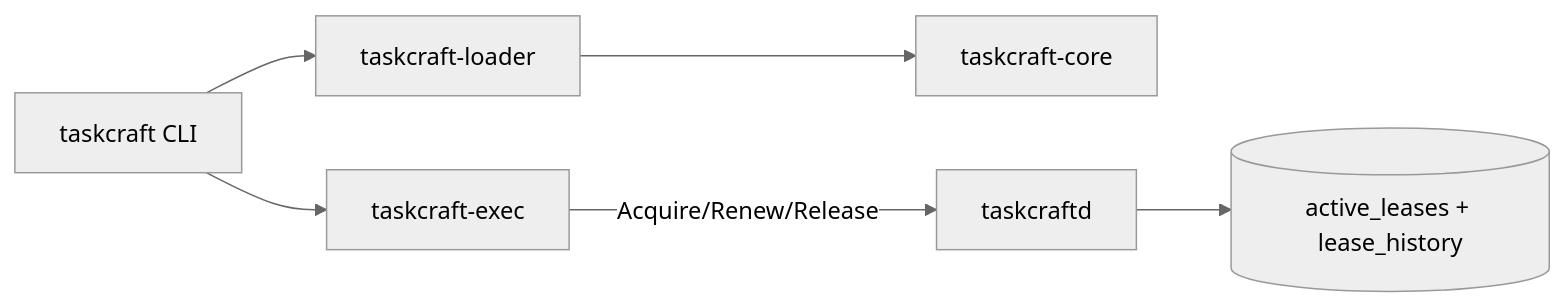
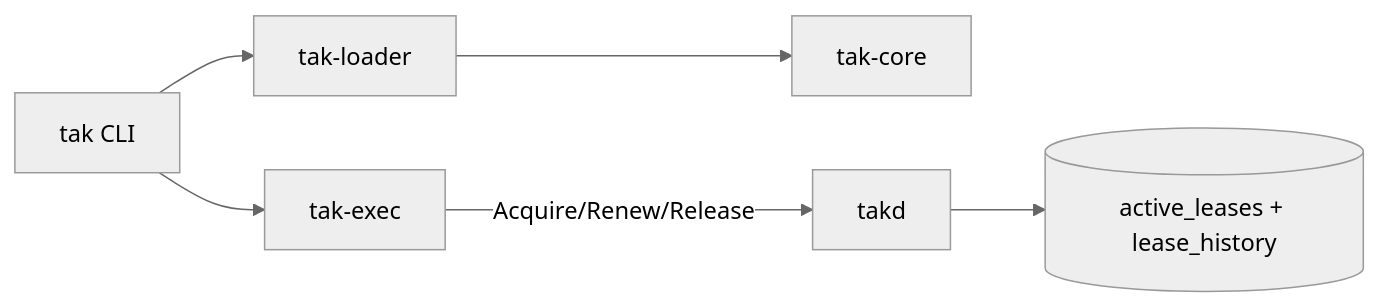
One commit to gu1p/tak changed the diagram in ARCHITECTURE.md. Above: the diagram before and after it, drawn with Mermaid (neutral theme). The commit also changed other lines of this file and 128 other files, not shown here.

Commit message:
rename project from taskcraft to tak

````diff
--- a/ARCHITECTURE.md
+++ b/ARCHITECTURE.md
@@ -15,8 +15,8 @@
 ```mermaid
 flowchart LR
-    CLI[taskcraft CLI] --> Loader[taskcraft-loader]
-    Loader --> Core[taskcraft-core]
-    CLI --> Exec[taskcraft-exec]
-    Exec -->|Acquire/Renew/Release| Daemon[taskcraftd]
+    CLI[tak CLI] --> Loader[tak-loader]
+    Loader --> Core[tak-core]
+    CLI --> Exec[tak-exec]
+    Exec -->|Acquire/Renew/Release| Daemon[takd]
     Daemon --> SQLite[(active_leases + lease_history)]
 ```
````
